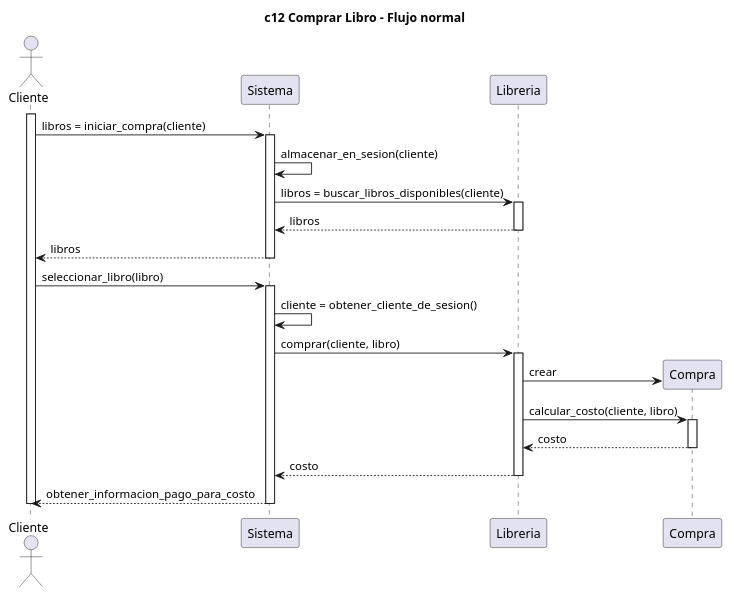
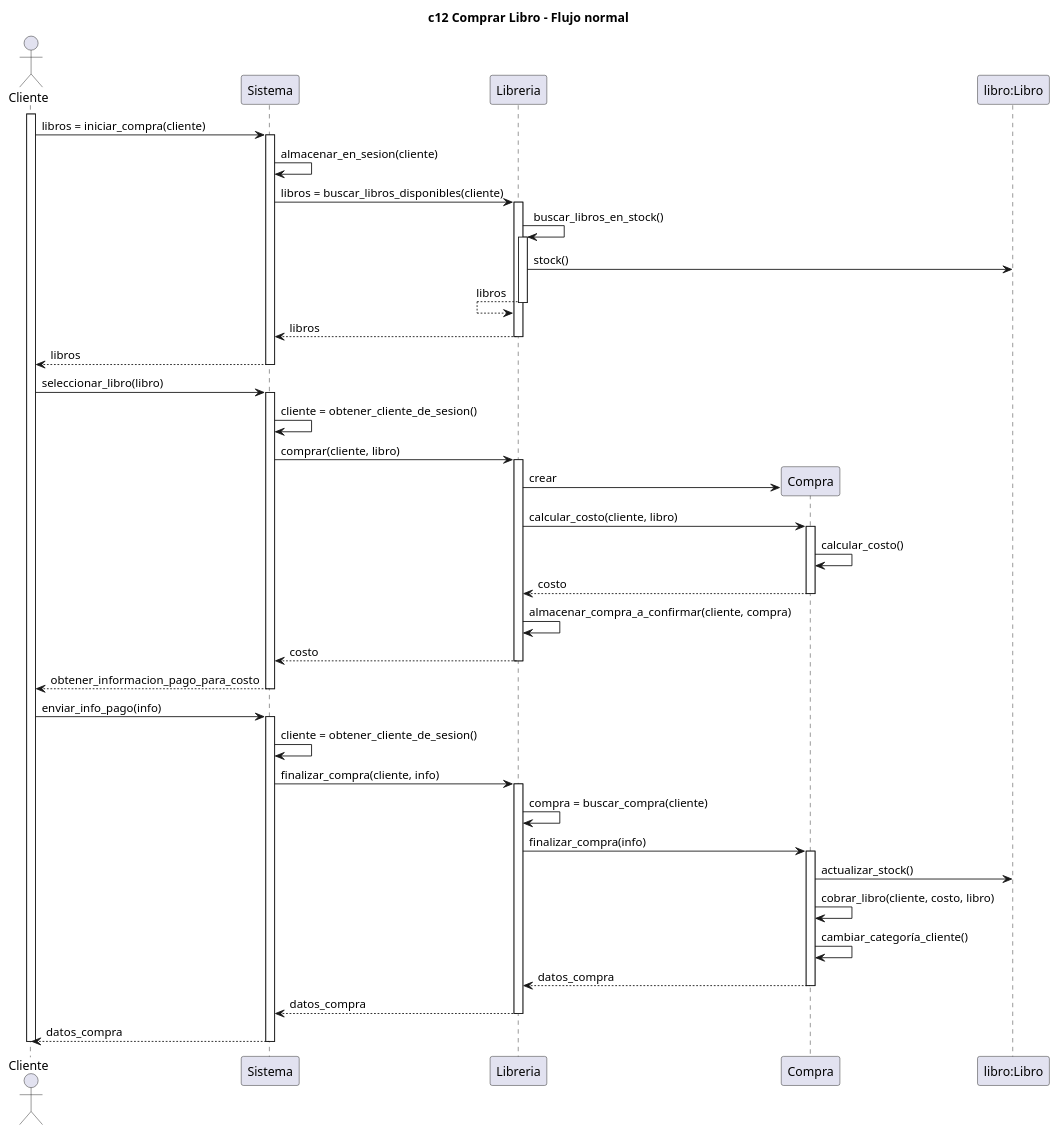
Before and after one commit to pablodanielrey/dsbm: the diagram in tp/secuencia/compra/secuencia.plantuml, drawn with PlantUML. The commit also changed 1 other file, not shown here.

Commit message:
implemente el diagrama de secuencia de comprar libro

```diff
--- a/tp/secuencia/compra/secuencia.plantuml
+++ b/tp/secuencia/compra/secuencia.plantuml
@@ -2,61 +2,65 @@
 @startuml c12 Comprar Libro - Flujo normal
 
 title c12 Comprar Libro - Flujo normal
 
 actor Cliente as c
 participant Sistema as s
 participant Libreria as l
 participant Compra as compra
+participant "libro:Libro" as libro
 
 activate c
 c -> s : libros = iniciar_compra(cliente)
 activate s
     s -> s : almacenar_en_sesion(cliente)
     s -> l : libros = buscar_libros_disponibles(cliente)
     activate l
+        l -> l : buscar_libros_en_stock()
+        activate l
+            l -> libro : stock()
+            l <-- l : libros
+        deactivate l
         return libros
     deactivate l
     c <-- s : libros
 deactivate s
 
 c -> s : seleccionar_libro(libro)
 activate s
     s -> s : cliente = obtener_cliente_de_sesion()
     s -> l : comprar(cliente, libro)
     activate l 
         l -> compra ** : crear
         l -> compra : calcular_costo(cliente, libro)
         activate compra
+            compra -> compra : calcular_costo()
             l <-- compra : costo
         deactivate compra
+        l -> l : almacenar_compra_a_confirmar(cliente, compra)
         s <-- l : costo
     deactivate l
     return obtener_informacion_pago_para_costo
 deactivate s
 
-/'
 c -> s : enviar_info_pago(info)
 activate s
-    s -> s : ok = actualizar_stock(libro)
-    activate s
-    deactivate s            
+    s -> s : cliente = obtener_cliente_de_sesion()
+    s -> l : finalizar_compra(cliente, info)
+    activate l
+        l -> l : compra = buscar_compra(cliente)
+        l -> compra : finalizar_compra(info)
+        activate compra
+            compra -> libro : actualizar_stock()
+            compra -> compra : cobrar_libro(cliente, costo, libro)
+            compra -> compra : cambiar_categoría_cliente()
 
-    s -> s : ok = cobrar_libro(cliente, costo, info)
-    activate s
-    deactivate s
-
-    s -> s : ok = cambiar_categoria_cliente(cliente)
-    activate s
-    deactivate s
-
-    s -> s : compra = crear_compra(cliente, libro)
-    activate s
-    deactivate s
-
+            l <-- compra : datos_compra
+        deactivate compra
+        s <-- l : datos_compra
+    deactivate l
     c <-- s : datos_compra
 deactivate s
-'/
 
 deactivate c
 
 @enduml
```
